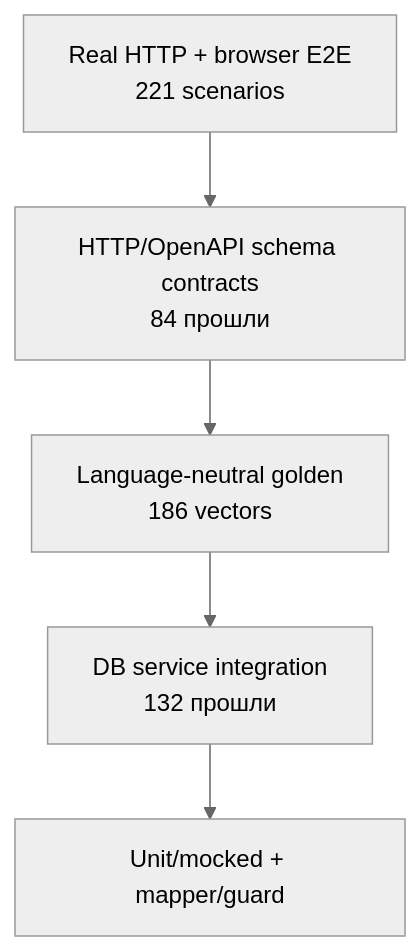
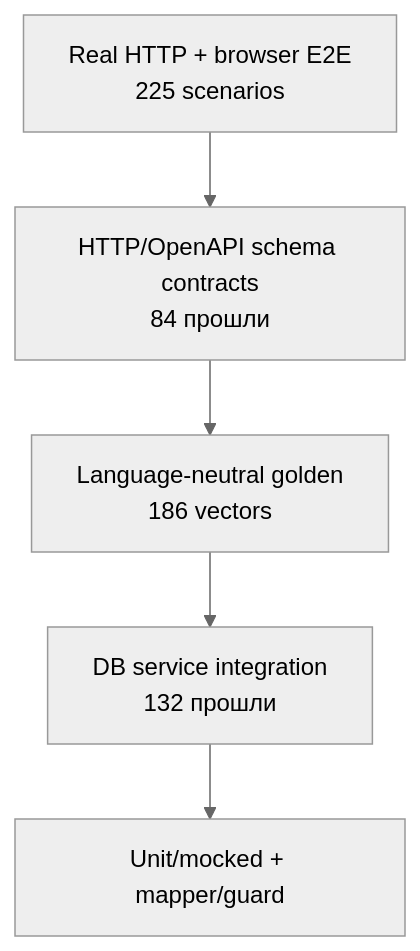
The diagram in docs/architecture/07-testing-and-quality.md (b4s1l3k/oh-my-slopwise), drawn with Mermaid (neutral theme) before and after one commit. The commit also changed other lines of this file and 58 other files, not shown here.

````diff
--- a/docs/architecture/07-testing-and-quality.md
+++ b/docs/architecture/07-testing-and-quality.md
@@ -152,10 +158,10 @@
 ```mermaid
 flowchart TB
-    e2e[Real HTTP + browser E2E\n221 scenarios]
+    e2e[Real HTTP + browser E2E\n225 scenarios]
     runtime[HTTP/OpenAPI schema contracts\n84 прошли]
     golden[Language-neutral golden\n186 vectors]
     db[DB service integration\n132 прошли]
     unit[Unit/mocked + mapper/guard]
 
     e2e --> runtime --> golden --> db --> unit
 ```
````
